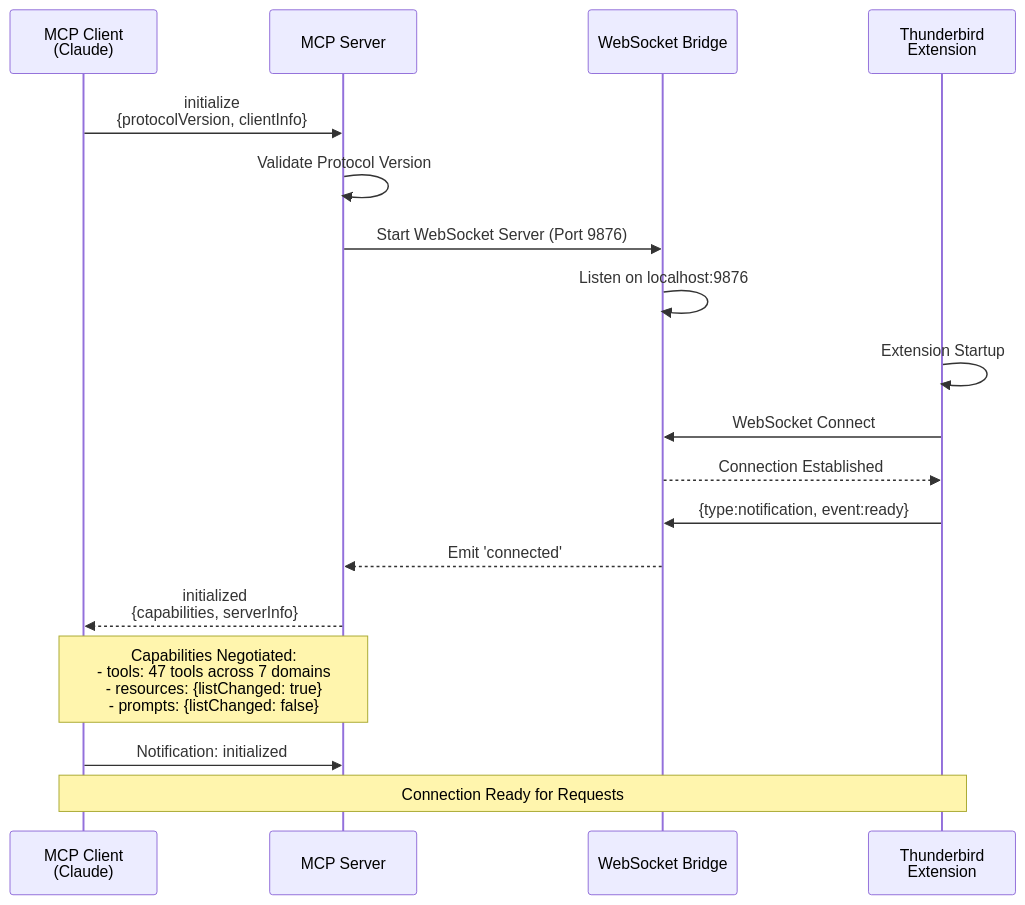
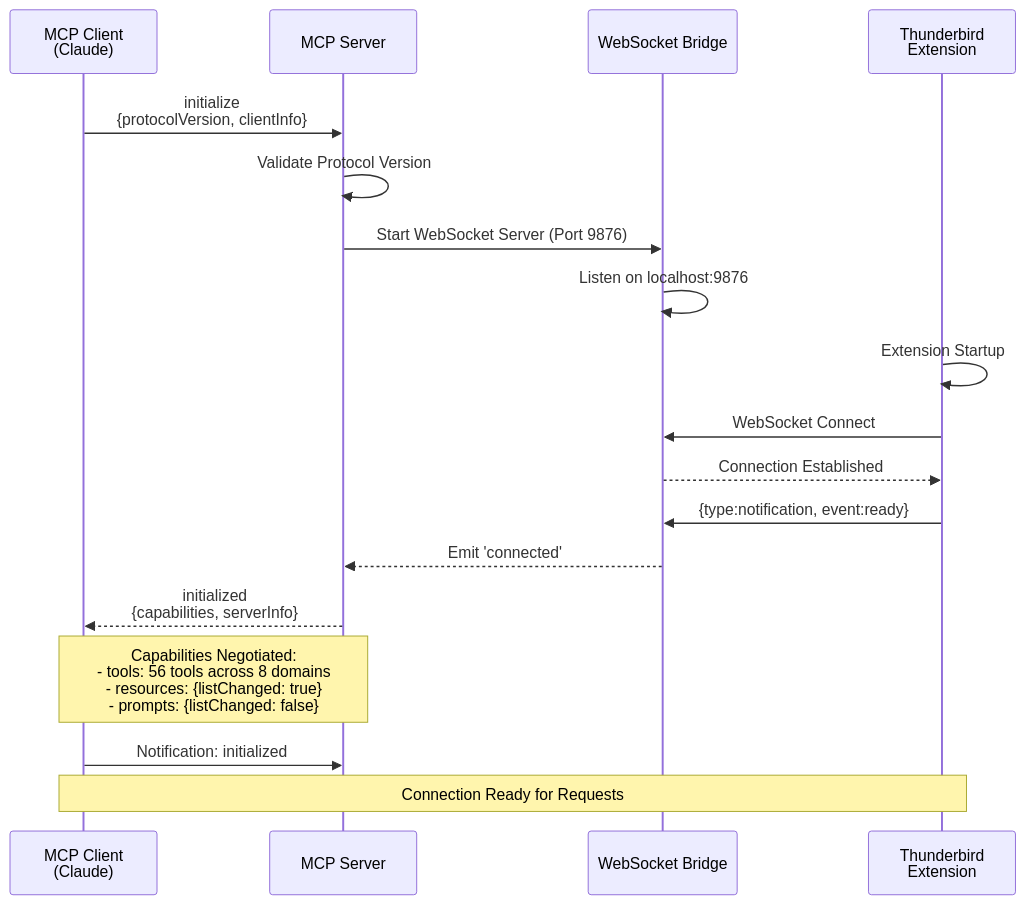
One commit to assistance-micro-design/zileo-mcp-thunderbird changed the first of 10 diagrams in docs/architecture/data-flow.md. Above: the diagram before and after it, drawn with Mermaid. The commit also changed 8 other files, not shown here.

````diff
--- a/docs/architecture/data-flow.md
+++ b/docs/architecture/data-flow.md
@@ -13,26 +13,26 @@
 ```mermaid
 sequenceDiagram
     participant Client as MCP Client<br/>(Claude)
     participant Server as MCP Server
     participant Bridge as WebSocket Bridge
     participant Ext as Thunderbird<br/>Extension
 
     Client->>Server: initialize<br/>{protocolVersion, clientInfo}
     Server->>Server: Validate Protocol Version
     Server->>Bridge: Start WebSocket Server (Port 9876)
     Bridge->>Bridge: Listen on localhost:9876
 
     Ext->>Ext: Extension Startup
     Ext->>Bridge: WebSocket Connect
     Bridge-->>Ext: Connection Established
     Ext->>Bridge: {type:notification, event:ready}
     Bridge-->>Server: Emit 'connected'
 
     Server-->>Client: initialized<br/>{capabilities, serverInfo}
 
-    Note over Client,Server: Capabilities Negotiated:<br/>- tools: 47 tools across 7 domains<br/>- resources: {listChanged: true}<br/>- prompts: {listChanged: false}
+    Note over Client,Server: Capabilities Negotiated:<br/>- tools: 56 tools across 8 domains<br/>- resources: {listChanged: true}<br/>- prompts: {listChanged: false}
 
     Client->>Server: Notification: initialized
 
     Note over Client,Ext: Connection Ready for Requests
 ```
````
